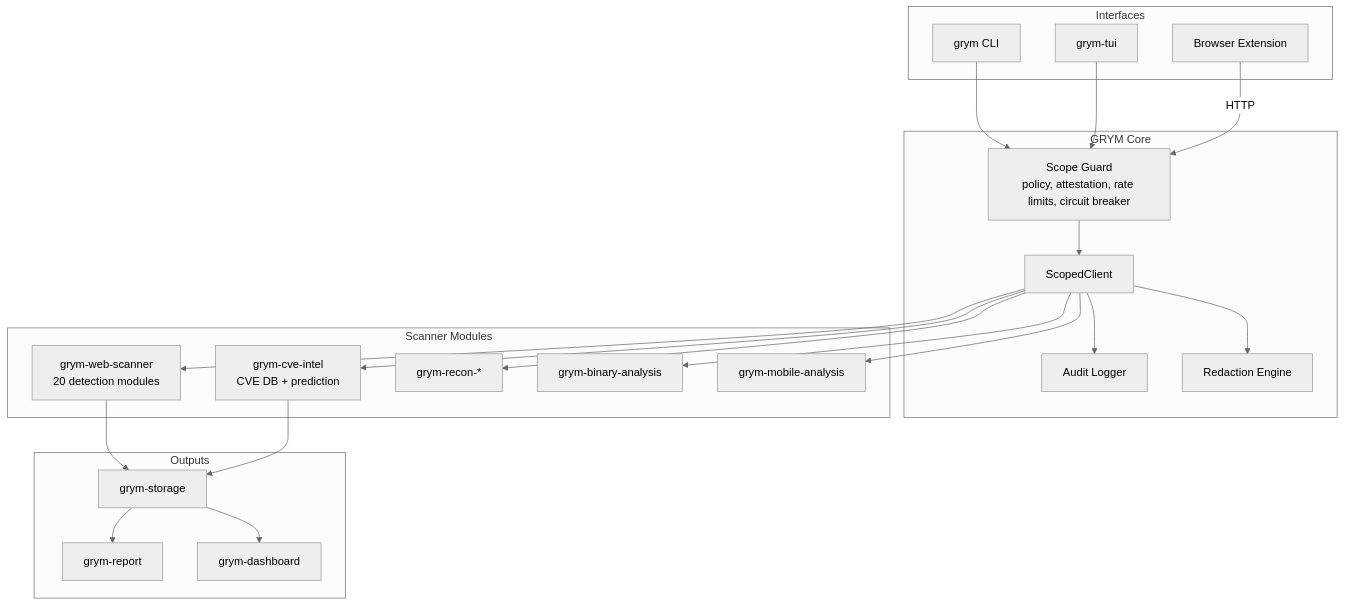
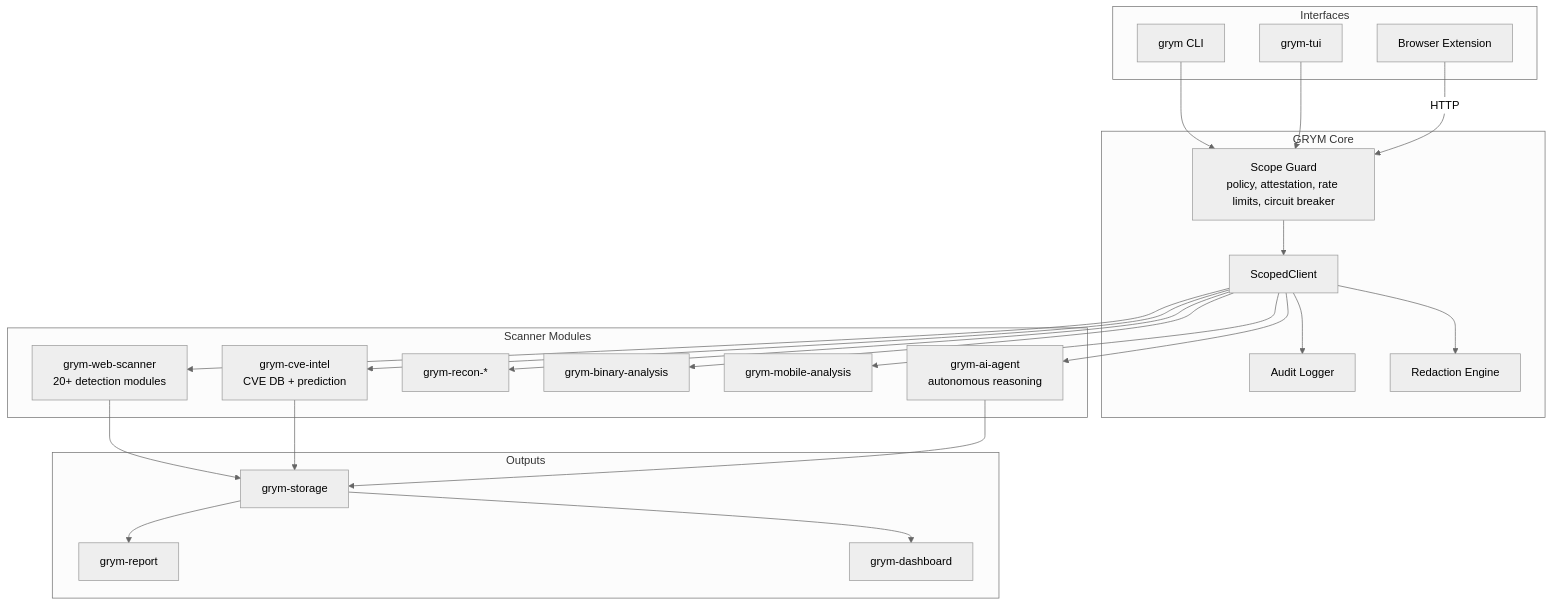
Before and after one commit to Karmanya03/Grym: the diagram in README.md, drawn with Mermaid (neutral theme). The commit also changed other lines of this file and 13 other files, not shown here.

````diff
--- a/README.md
+++ b/README.md
@@ -51,45 +62,48 @@
 ```mermaid
 flowchart TB
     subgraph interfaces["Interfaces"]
         CLI["grym CLI"]
         TUI["grym-tui"]
         EXT["Browser Extension"]
     end
 
     subgraph core["GRYM Core"]
         SCOPE["Scope Guard<br/>policy, attestation, rate limits, circuit breaker"]
         AUDIT["Audit Logger"]
         TRANSPORT["ScopedClient"]
         REDACT["Redaction Engine"]
     end
 
     subgraph modules["Scanner Modules"]
-        WEB["grym-web-scanner<br/>20 detection modules"]
+        WEB["grym-web-scanner<br/>20+ detection modules"]
         CVE["grym-cve-intel<br/>CVE DB + prediction"]
         RECON["grym-recon-*"]
         BIN["grym-binary-analysis"]
         MOB["grym-mobile-analysis"]
+        AGENT["grym-ai-agent<br/>autonomous reasoning"]
     end
 
     subgraph outputs["Outputs"]
         STORE["grym-storage"]
         REPORT["grym-report"]
         DASH["grym-dashboard"]
     end
 
     CLI --> SCOPE
     TUI --> SCOPE
     EXT -->|HTTP| SCOPE
     SCOPE --> TRANSPORT
     TRANSPORT --> AUDIT
     TRANSPORT --> REDACT
     TRANSPORT --> WEB
     TRANSPORT --> CVE
     TRANSPORT --> RECON
     TRANSPORT --> BIN
     TRANSPORT --> MOB
+    TRANSPORT --> AGENT
     WEB --> STORE
     CVE --> STORE
+    AGENT --> STORE
     STORE --> REPORT
     STORE --> DASH
 ```
````
